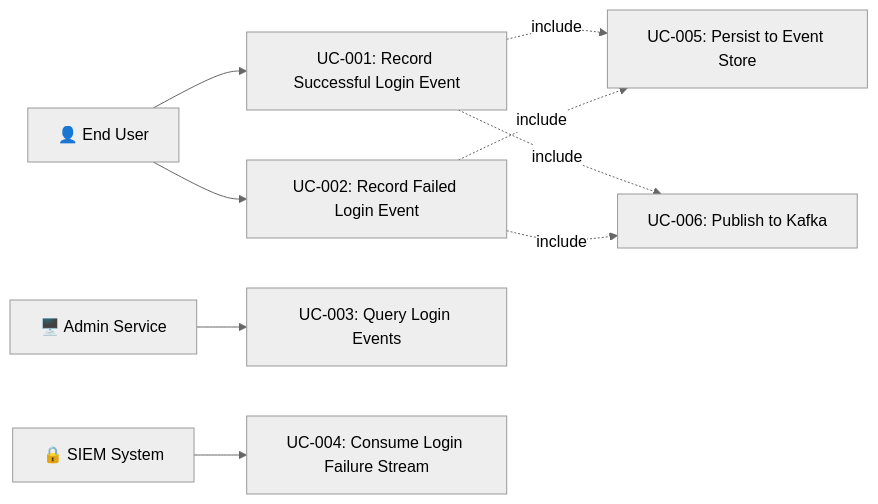
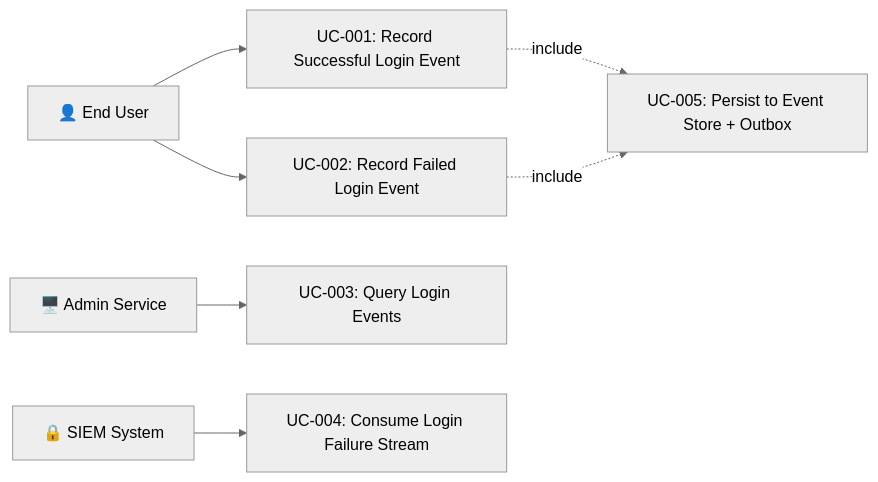
One commit to nguyentthai96/auth-service changed the diagram in openspec/research/user-login-event/business_analysis.md. Above: the diagram before and after it, drawn with Mermaid (neutral theme). The commit also changed other lines of this file, not shown here.

````diff
--- a/openspec/research/user-login-event/business_analysis.md
+++ b/openspec/research/user-login-event/business_analysis.md
@@ -56,11 +51,9 @@
 ```mermaid
 graph LR
     User["👤 End User"] --> UC1["UC-001: Record Successful Login Event"]
     User --> UC2["UC-002: Record Failed Login Event"]
     AdminSvc["🖥️ Admin Service"] --> UC3["UC-003: Query Login Events"]
     SIEM["🔒 SIEM System"] --> UC4["UC-004: Consume Login Failure Stream"]
-    UC1 -.->|"include"| UC5["UC-005: Persist to Event Store"]
+    UC1 -.->|"include"| UC5["UC-005: Persist to Event Store + Outbox"]
     UC2 -.->|"include"| UC5
-    UC1 -.->|"include"| UC6["UC-006: Publish to Kafka"]
-    UC2 -.->|"include"| UC6
 ```
````
